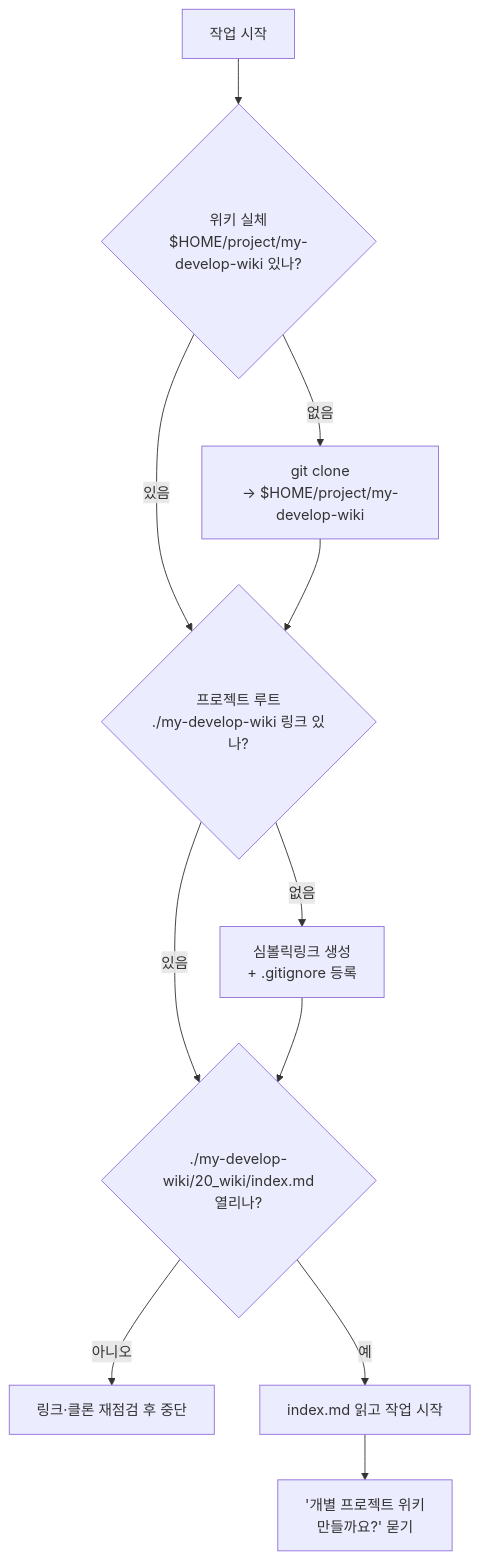
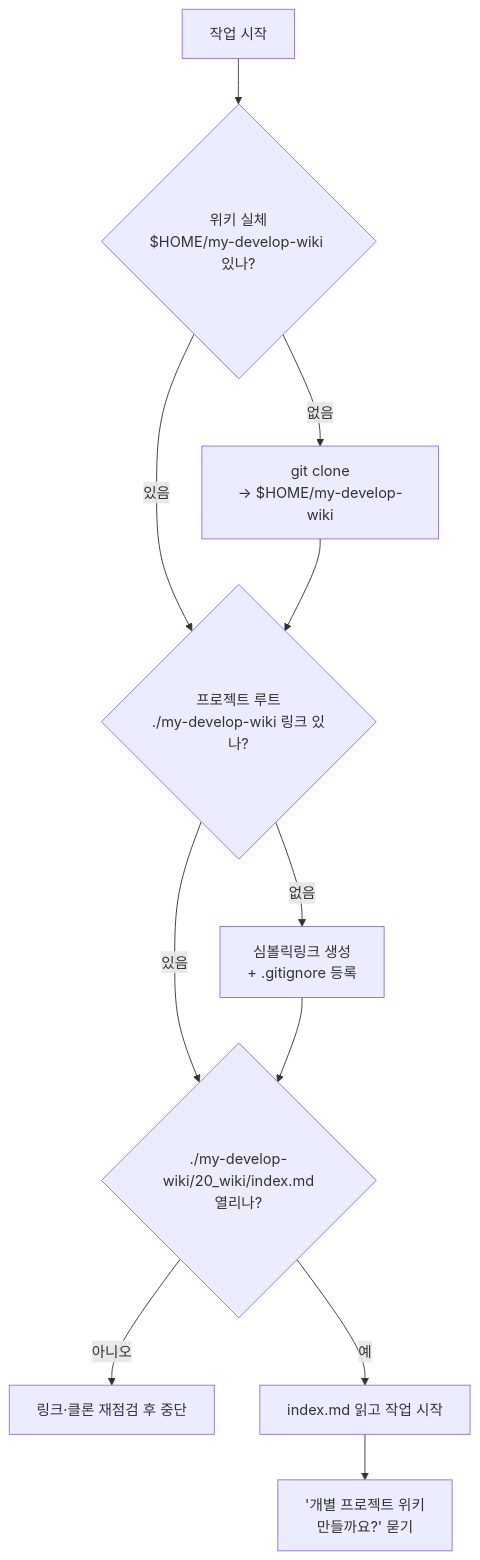
Before and after one commit to jeong-hoi-seok/my-develop-wiki: the diagram in 20_wiki/operations/agent-instruction-guide.md, drawn with Mermaid. The commit also changed other lines of this file and 15 other files, not shown here.

````diff
--- a/20_wiki/operations/agent-instruction-guide.md
+++ b/20_wiki/operations/agent-instruction-guide.md
@@ -64,13 +60,13 @@
 ```mermaid
 flowchart TD
-    A[작업 시작] --> B{"위키 실체<br/>$HOME/project/my-develop-wiki 있나?"}
-    B -- 없음 --> C["git clone<br/>→ $HOME/project/my-develop-wiki"]
+    A[작업 시작] --> B{"위키 실체<br/>$HOME/my-develop-wiki 있나?"}
+    B -- 없음 --> C["git clone<br/>→ $HOME/my-develop-wiki"]
     B -- 있음 --> D
     C --> D{"프로젝트 루트<br/>./my-develop-wiki 링크 있나?"}
     D -- 없음 --> E["심볼릭링크 생성<br/>+ .gitignore 등록"]
     D -- 있음 --> F
     E --> F{"./my-develop-wiki/20_wiki/index.md<br/>열리나?"}
     F -- 아니오 --> G[링크·클론 재점검 후 중단]
     F -- 예 --> H[index.md 읽고 작업 시작]
     H --> I["'개별 프로젝트 위키<br/>만들까요?' 묻기"]
 ```
````
